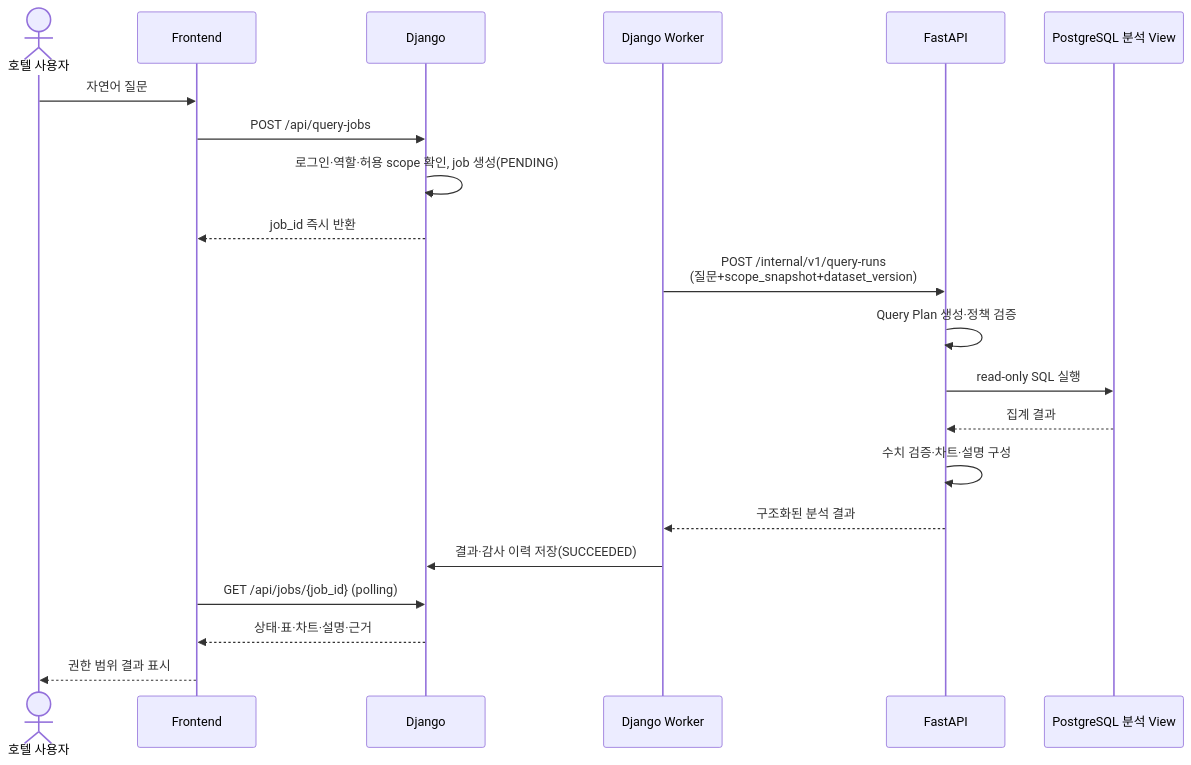
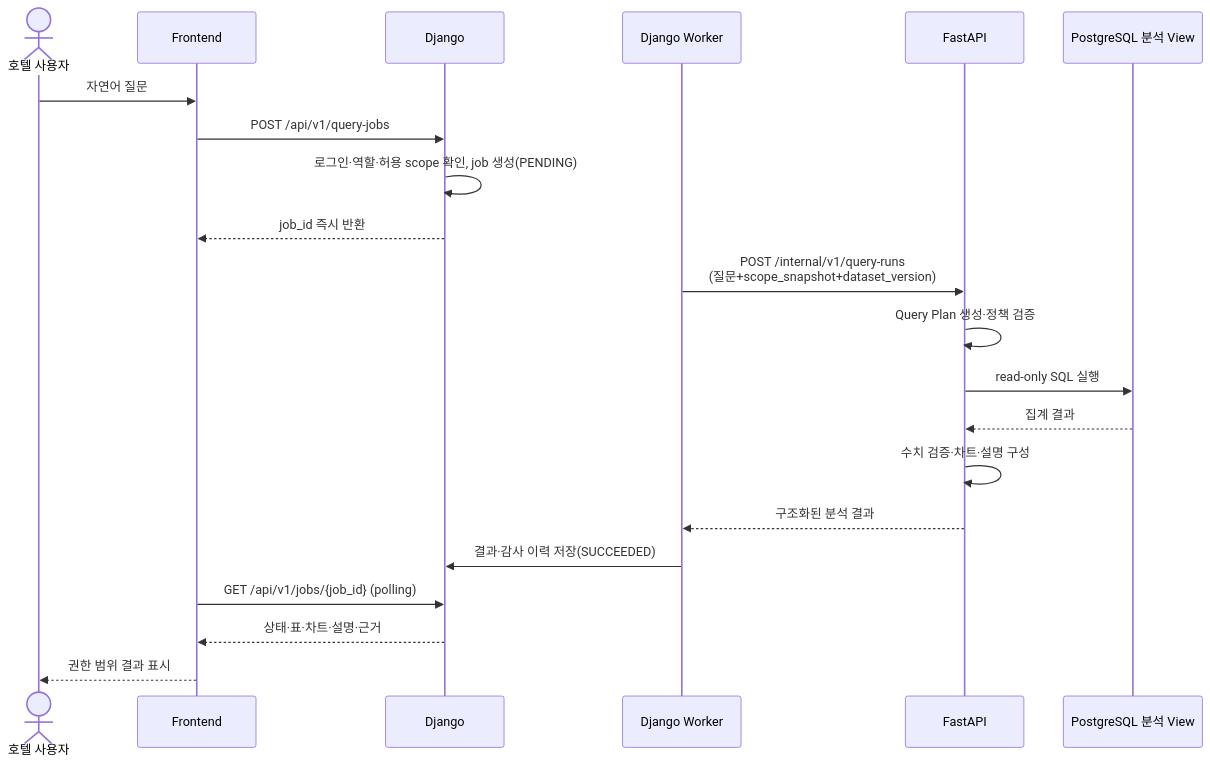
The fourth of 8 diagrams in docs/markdown/SensePlace_기획서_초안.md (hijun318-eng/skn29_final_3team), drawn with Mermaid before and after one commit. The commit also changed other lines of this file and 5 other files, not shown here.

````diff
--- a/docs/markdown/SensePlace_기획서_초안.md
+++ b/docs/markdown/SensePlace_기획서_초안.md
@@ -296,24 +297,24 @@
 ```mermaid
 sequenceDiagram
     actor User as 호텔 사용자
     participant UI as Frontend
     participant DJ as Django
     participant W as Django Worker
     participant AI as FastAPI
     participant DB as PostgreSQL 분석 View
 
     User->>UI: 자연어 질문
-    UI->>DJ: POST /api/query-jobs
+    UI->>DJ: POST /api/v1/query-jobs
     DJ->>DJ: 로그인·역할·허용 scope 확인, job 생성(PENDING)
     DJ-->>UI: job_id 즉시 반환
     W->>AI: POST /internal/v1/query-runs<br/>(질문+scope_snapshot+dataset_version)
     AI->>AI: Query Plan 생성·정책 검증
     AI->>DB: read-only SQL 실행
     DB-->>AI: 집계 결과
     AI->>AI: 수치 검증·차트·설명 구성
     AI-->>W: 구조화된 분석 결과
     W->>DJ: 결과·감사 이력 저장(SUCCEEDED)
-    UI->>DJ: GET /api/jobs/{job_id} (polling)
+    UI->>DJ: GET /api/v1/jobs/{job_id} (polling)
     DJ-->>UI: 상태·표·차트·설명·근거
     UI-->>User: 권한 범위 결과 표시
 ```
````
